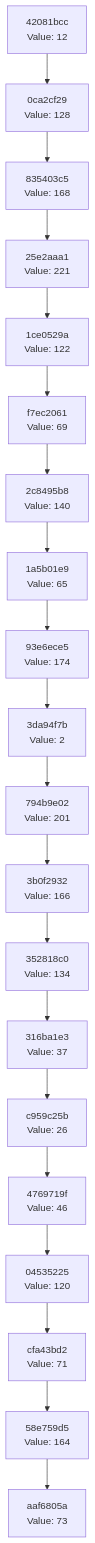
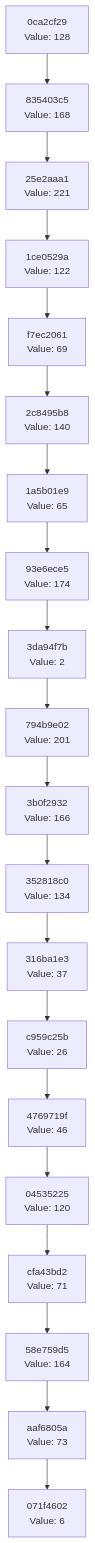
Before and after one commit to Abhisheksinha1506/hash-chain-evolver: the diagram in docs/CHAIN_VISUALIZATION.md, drawn with Mermaid. The commit also changed 3 other files, not shown here.

````diff
--- a/docs/CHAIN_VISUALIZATION.md
+++ b/docs/CHAIN_VISUALIZATION.md
@@ -3,42 +3,42 @@
 ```mermaid
 graph TD
-    C0["aaf6805a<br/>Value: 73"]
-    C1["58e759d5<br/>Value: 164"]
+    C0["071f4602<br/>Value: 6"]
+    C1["aaf6805a<br/>Value: 73"]
     C1 --> C0
-    C2["cfa43bd2<br/>Value: 71"]
+    C2["58e759d5<br/>Value: 164"]
     C2 --> C1
-    C3["04535225<br/>Value: 120"]
+    C3["cfa43bd2<br/>Value: 71"]
     C3 --> C2
-    C4["4769719f<br/>Value: 46"]
+    C4["04535225<br/>Value: 120"]
     C4 --> C3
-    C5["c959c25b<br/>Value: 26"]
+    C5["4769719f<br/>Value: 46"]
     C5 --> C4
-    C6["316ba1e3<br/>Value: 37"]
+    C6["c959c25b<br/>Value: 26"]
     C6 --> C5
-    C7["352818c0<br/>Value: 134"]
+    C7["316ba1e3<br/>Value: 37"]
     C7 --> C6
-    C8["3b0f2932<br/>Value: 166"]
+    C8["352818c0<br/>Value: 134"]
     C8 --> C7
-    C9["794b9e02<br/>Value: 201"]
+    C9["3b0f2932<br/>Value: 166"]
     C9 --> C8
-    C10["3da94f7b<br/>Value: 2"]
+    C10["794b9e02<br/>Value: 201"]
     C10 --> C9
-    C11["93e6ece5<br/>Value: 174"]
+    C11["3da94f7b<br/>Value: 2"]
     C11 --> C10
-    C12["1a5b01e9<br/>Value: 65"]
+    C12["93e6ece5<br/>Value: 174"]
     C12 --> C11
-    C13["2c8495b8<br/>Value: 140"]
+    C13["1a5b01e9<br/>Value: 65"]
     C13 --> C12
-    C14["f7ec2061<br/>Value: 69"]
+    C14["2c8495b8<br/>Value: 140"]
     C14 --> C13
-    C15["1ce0529a<br/>Value: 122"]
+    C15["f7ec2061<br/>Value: 69"]
     C15 --> C14
-    C16["25e2aaa1<br/>Value: 221"]
+    C16["1ce0529a<br/>Value: 122"]
     C16 --> C15
-    C17["835403c5<br/>Value: 168"]
+    C17["25e2aaa1<br/>Value: 221"]
     C17 --> C16
-    C18["0ca2cf29<br/>Value: 128"]
+    C18["835403c5<br/>Value: 168"]
     C18 --> C17
-    C19["42081bcc<br/>Value: 12"]
+    C19["0ca2cf29<br/>Value: 128"]
     C19 --> C18
 ```
````
